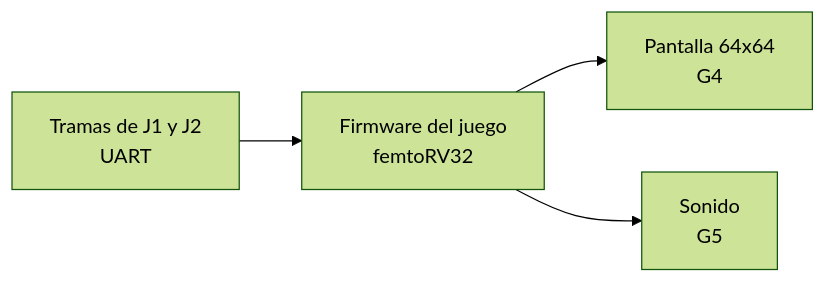
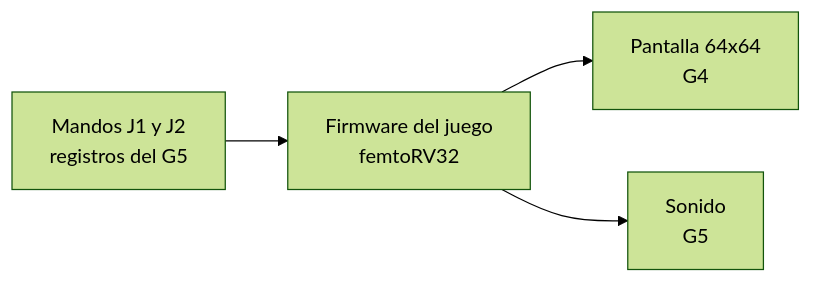
One commit to jhonyAlexan/Proyecto-Digital1-GRUPO9 changed the first of 4 diagrams in Grupos/G6/README.md. Above: the diagram before and after it, drawn with Mermaid (forest theme). The commit also changed other lines of this file, not shown here.

````diff
--- a/Grupos/G6/README.md
+++ b/Grupos/G6/README.md
@@ -38,7 +43,6 @@
 ```mermaid
 flowchart LR
-    T[Tramas de J1 y J2<br/>UART] --> F[Firmware del juego<br/>femtoRV32]
-   
+    T[Mandos J1 y J2<br/>registros del G5] --> F[Firmware del juego<br/>femtoRV32]
     F --> P[Pantalla 64x64<br/>G4]
     F --> S[Sonido<br/>G5]
 ```
````
